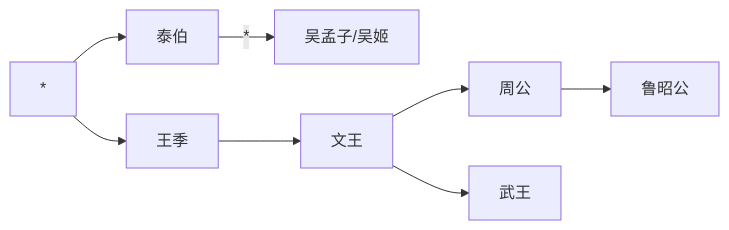
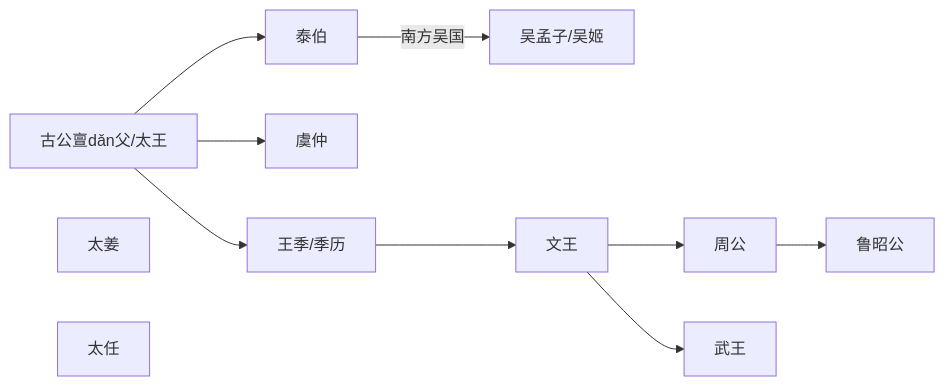
The second of 2 diagrams in course/论语别裁 - 南怀瑾.md (yzpTsubasa/learning_notes), drawn with Mermaid before and after one commit. The commit also changed other lines of this file, not shown here.

````diff
--- a/course/论语别裁 - 南怀瑾.md
+++ b/course/论语别裁 - 南怀瑾.md
@@ -2539,6 +2539,10 @@
 ```mermaid
 graph LR
-* --> 泰伯 --> |*| 吴孟子/吴姬
-* --> 王季 --> 文王 --> 周公 --> 鲁昭公
+A[古公亶dǎn父/太王]
+B[太姜]
+C[太任]
+A --> 泰伯 --> |南方吴国| 吴孟子/吴姬
+A --> 虞仲
+A --> 王季/季历 --> 文王 --> 周公 --> 鲁昭公
 文王 --> 武王
 ```
````
